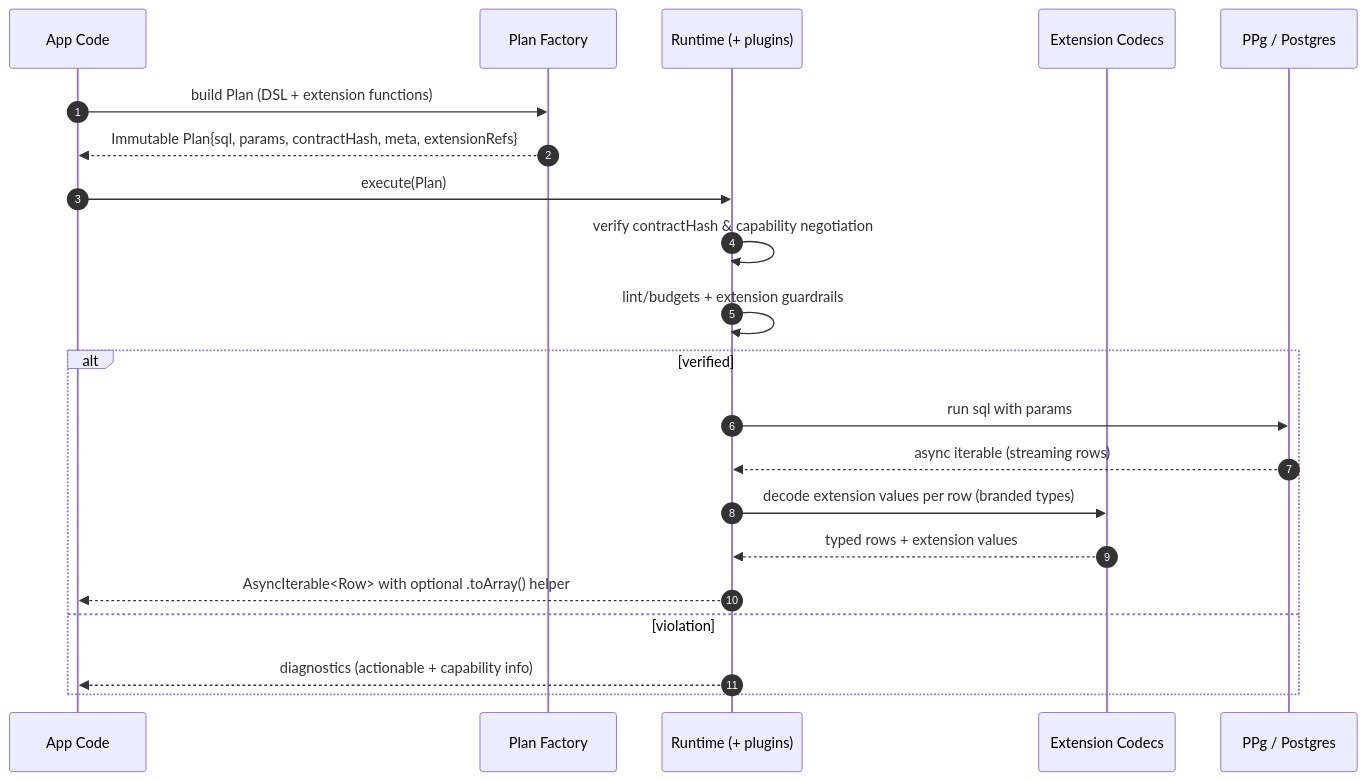
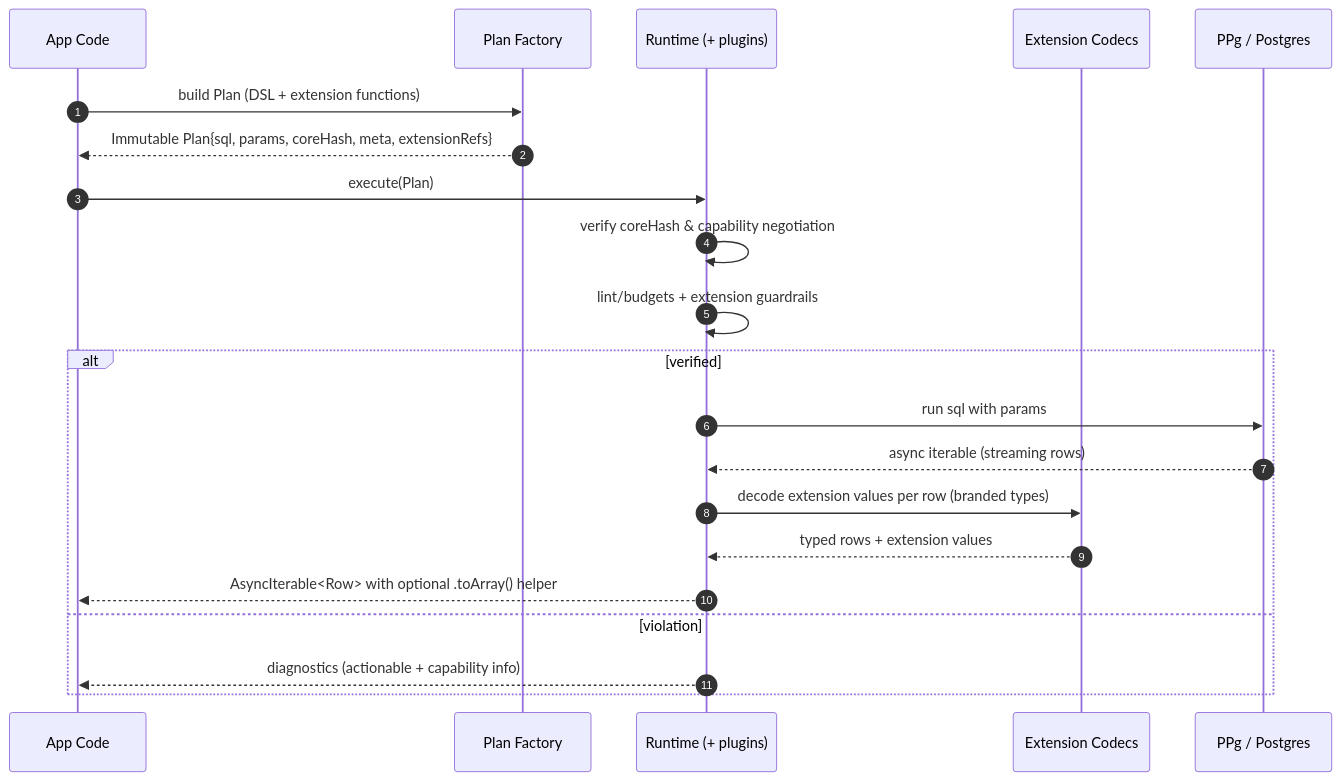
One commit to prisma/prisma-next changed the second of 3 diagrams in docs/Architecture Overview.md. Above: the diagram before and after it, drawn with Mermaid. The commit also changed other lines of this file and 16 other files, not shown here.

````diff
--- a/docs/Architecture Overview.md
+++ b/docs/Architecture Overview.md
@@ -113,24 +113,24 @@
 ```mermaid
 sequenceDiagram
   autonumber
   participant Dev as App Code
   participant Plan as Plan Factory
   participant RT as Runtime (+ plugins)
   participant Ext as Extension Codecs
   participant DB as PPg / Postgres
 
   Dev->>Plan: build Plan (DSL + extension functions)
-  Plan-->>Dev: Immutable Plan{sql, params, contractHash, meta, extensionRefs}
+  Plan-->>Dev: Immutable Plan{sql, params, coreHash, meta, extensionRefs}
   Dev->>RT: execute(Plan)
-  RT->>RT: verify contractHash & capability negotiation
+  RT->>RT: verify coreHash & capability negotiation
   RT->>RT: lint/budgets + extension guardrails
   alt verified
     RT->>DB: run sql with params
     DB-->>RT: async iterable (streaming rows)
     RT->>Ext: decode extension values per row (branded types)
     Ext-->>RT: typed rows + extension values
     RT-->>Dev: AsyncIterable<Row> with optional .toArray() helper
   else violation
     RT-->>Dev: diagnostics (actionable + capability info)
   end
 ```
````
